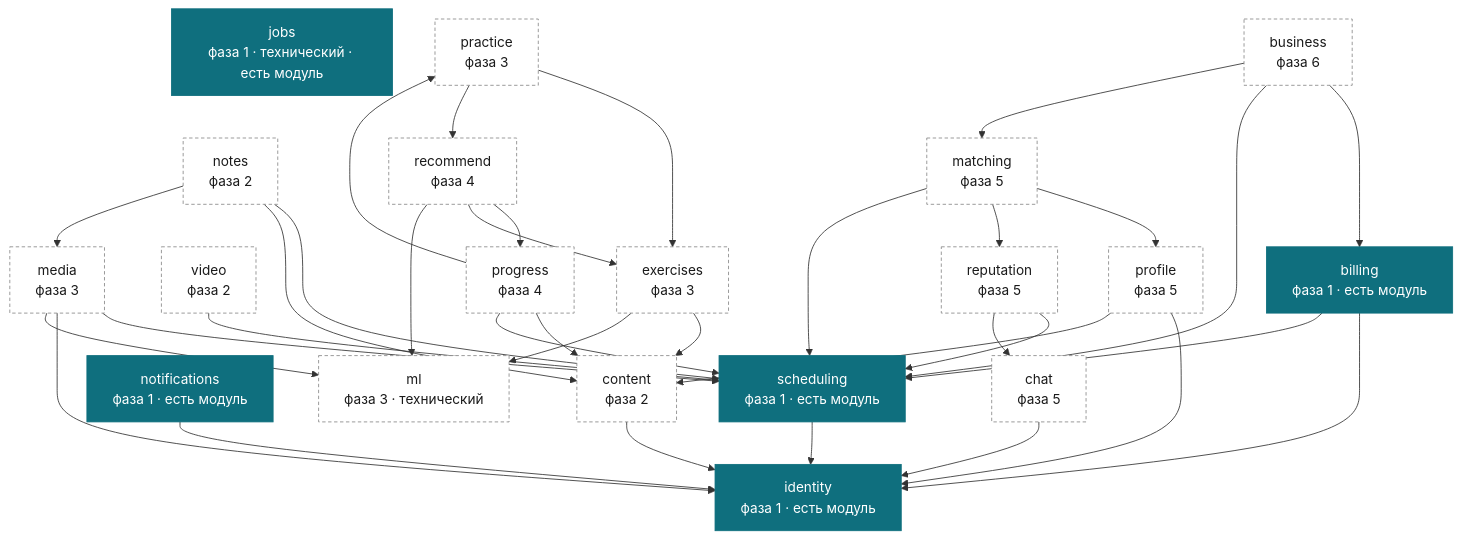
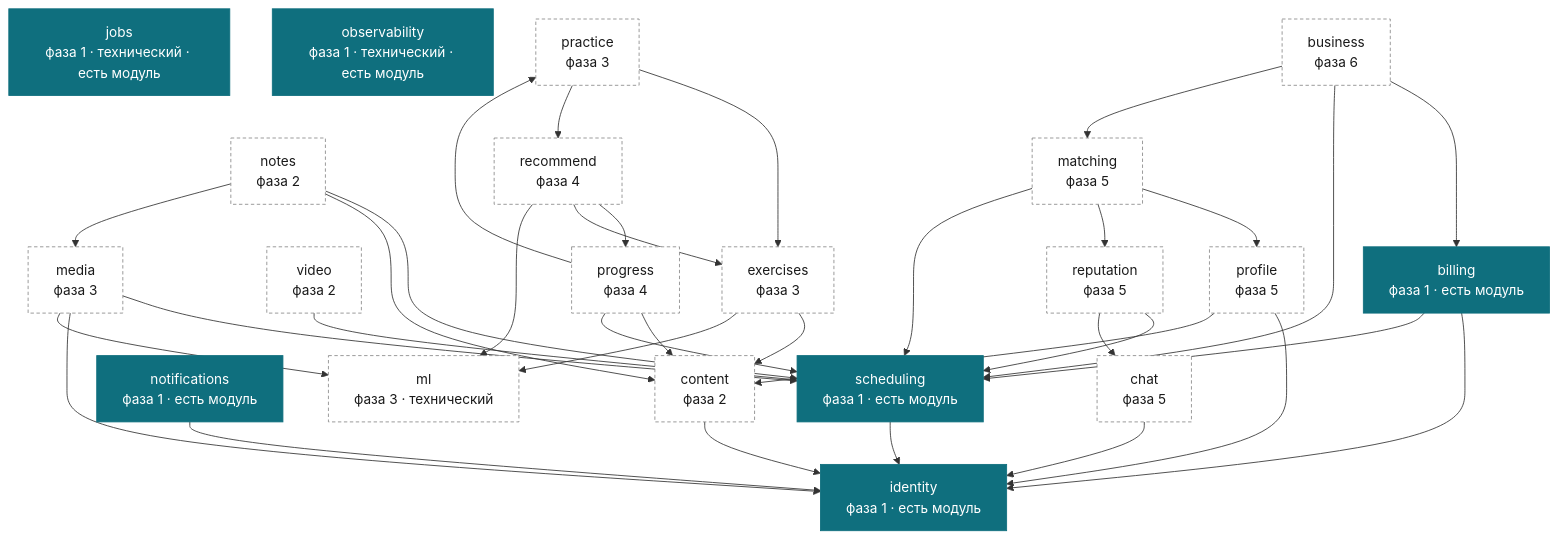
Before and after one commit to don-qu1xote/pdr: the diagram in docs/architecture/context-map.md, drawn with Mermaid. The commit also changed other lines of this file and 27 other files, not shown here.

````diff
--- a/docs/architecture/context-map.md
+++ b/docs/architecture/context-map.md
@@ -72,70 +72,71 @@
 ```mermaid
 flowchart TD
     %% exists заведён заранее: им помечается контекст, у которого появился модуль.
     classDef exists fill:#0F6F7E,stroke:#0F6F7E,color:#ffffff;
     classDef planned fill:#ffffff,stroke:#8a8a8a,stroke-dasharray:4 3,color:#1a1a1a;
 
     identity["identity<br/>фаза 1 · есть модуль"]
     scheduling["scheduling<br/>фаза 1 · есть модуль"]
     billing["billing<br/>фаза 1 · есть модуль"]
     notifications["notifications<br/>фаза 1 · есть модуль"]
     jobs["jobs<br/>фаза 1 · технический · есть модуль"]
+    observability["observability<br/>фаза 1 · технический · есть модуль"]
 
     video["video<br/>фаза 2"]
     content["content<br/>фаза 2"]
     notes["notes<br/>фаза 2"]
 
     exercises["exercises<br/>фаза 3"]
     practice["practice<br/>фаза 3"]
     media["media<br/>фаза 3"]
     ml["ml<br/>фаза 3 · технический"]
 
     progress["progress<br/>фаза 4"]
     recommend["recommend<br/>фаза 4"]
 
     profile["profile<br/>фаза 5"]
     matching["matching<br/>фаза 5"]
     reputation["reputation<br/>фаза 5"]
     chat["chat<br/>фаза 5"]
 
     business["business<br/>фаза 6"]
 
     scheduling --> identity
     billing --> identity
     billing --> scheduling
     notifications --> identity
     video --> scheduling
     content --> identity
     notes --> scheduling
     notes --> content
     notes --> media
     exercises --> content
     exercises --> ml
     practice --> exercises
     practice --> recommend
     media --> scheduling
     media --> identity
     media --> ml
     progress --> practice
     progress --> content
     progress --> scheduling
     recommend --> progress
     recommend --> exercises
     recommend --> ml
     profile --> identity
     profile --> content
     matching --> profile
     matching --> reputation
     matching --> scheduling
     reputation --> scheduling
     reputation --> chat
     chat --> identity
     business --> billing
     business --> scheduling
     business --> matching
 
-    class identity,scheduling,billing,notifications,jobs exists;
+    class identity,scheduling,billing,notifications,jobs,observability exists;
     class video,content,notes planned;
     class exercises,practice,media,ml,progress,recommend planned;
     class profile,matching,reputation,chat,business planned;
 ```
````
